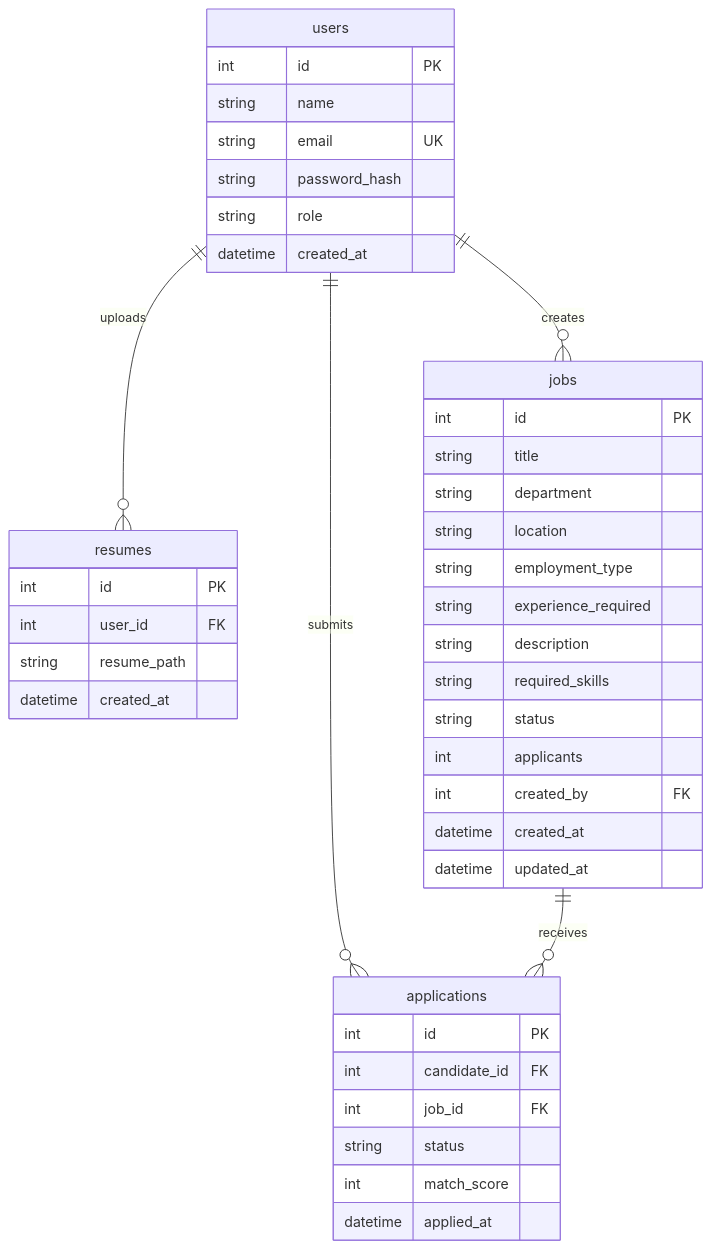
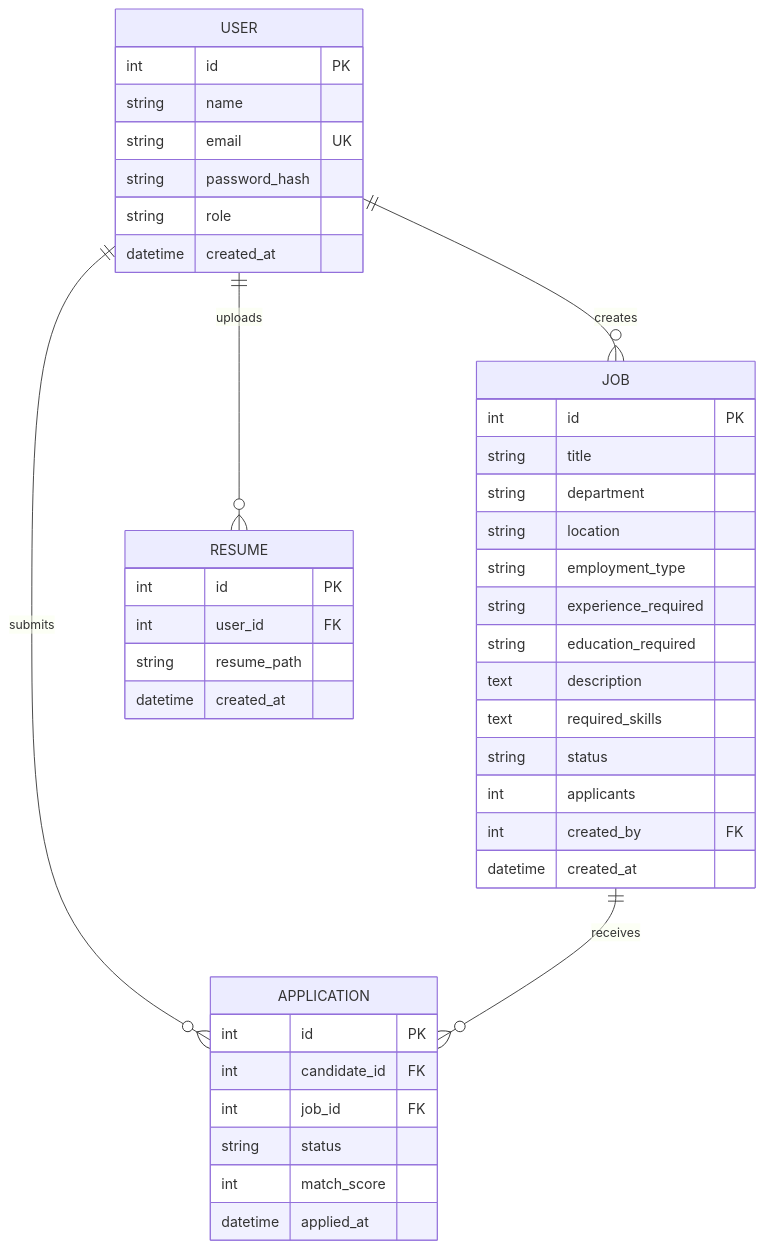
One commit to mansi-wagh/RecruitIQ changed the fourth of 5 diagrams in README.md. Above: the diagram before and after it, drawn with Mermaid. The commit also changed other lines of this file, not shown here.

````diff
--- a/README.md
+++ b/README.md
@@ -163,45 +164,48 @@
 ```mermaid
 erDiagram
-    users {
+    USER {
         int id PK
         string name
         string email UK
         string password_hash
         string role
         datetime created_at
     }
-    resumes {
-        int id PK
-        int user_id FK
-        string resume_path
-        datetime created_at
-    }
-    jobs {
+
+    JOB {
         int id PK
         string title
         string department
         string location
         string employment_type
         string experience_required
-        string description
-        string required_skills
+        string education_required
+        text description
+        text required_skills
         string status
         int applicants
         int created_by FK
         datetime created_at
-        datetime updated_at
     }
-    applications {
+
+    RESUME {
+        int id PK
+        int user_id FK
+        string resume_path
+        datetime created_at
+    }
+
+    APPLICATION {
         int id PK
         int candidate_id FK
         int job_id FK
         string status
         int match_score
         datetime applied_at
     }
 
-    users ||--o{ resumes : "uploads"
-    users ||--o{ jobs : "creates"
-    users ||--o{ applications : "submits"
-    jobs ||--o{ applications : "receives"
+    USER ||--o{ JOB : "creates"
+    USER ||--o{ RESUME : "uploads"
+    USER ||--o{ APPLICATION : "submits"
+    JOB ||--o{ APPLICATION : "receives"
 ```
````
